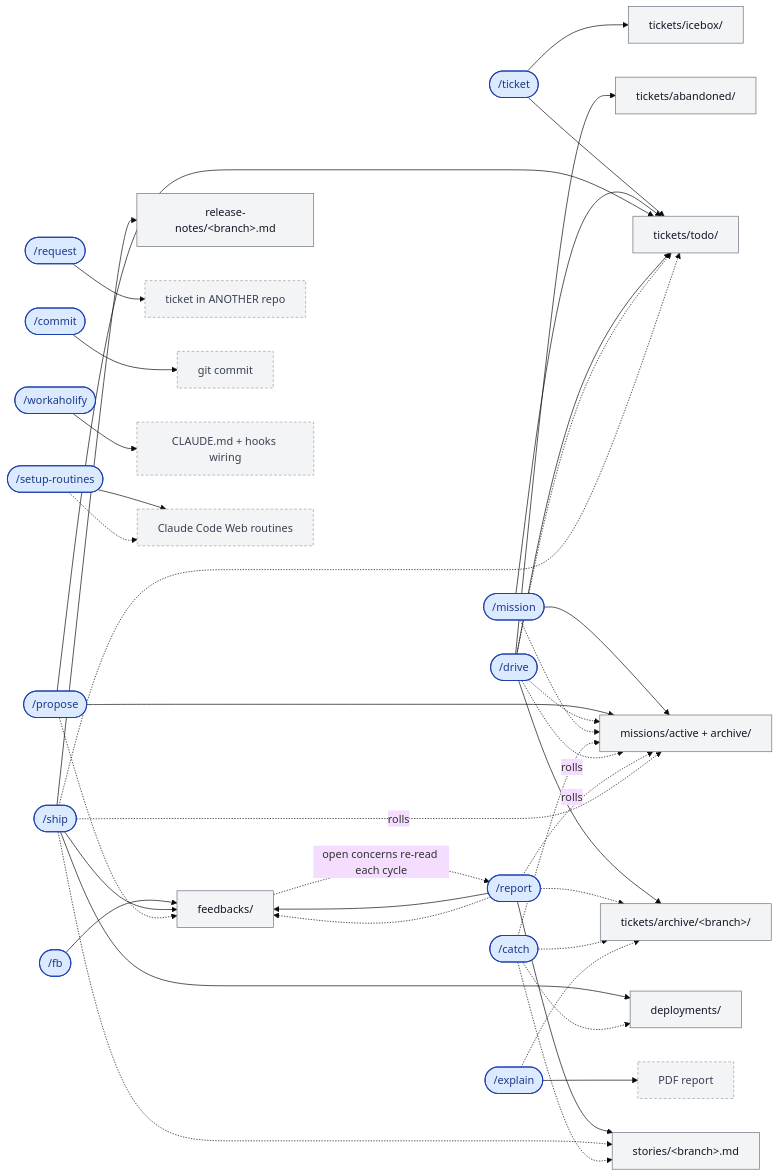
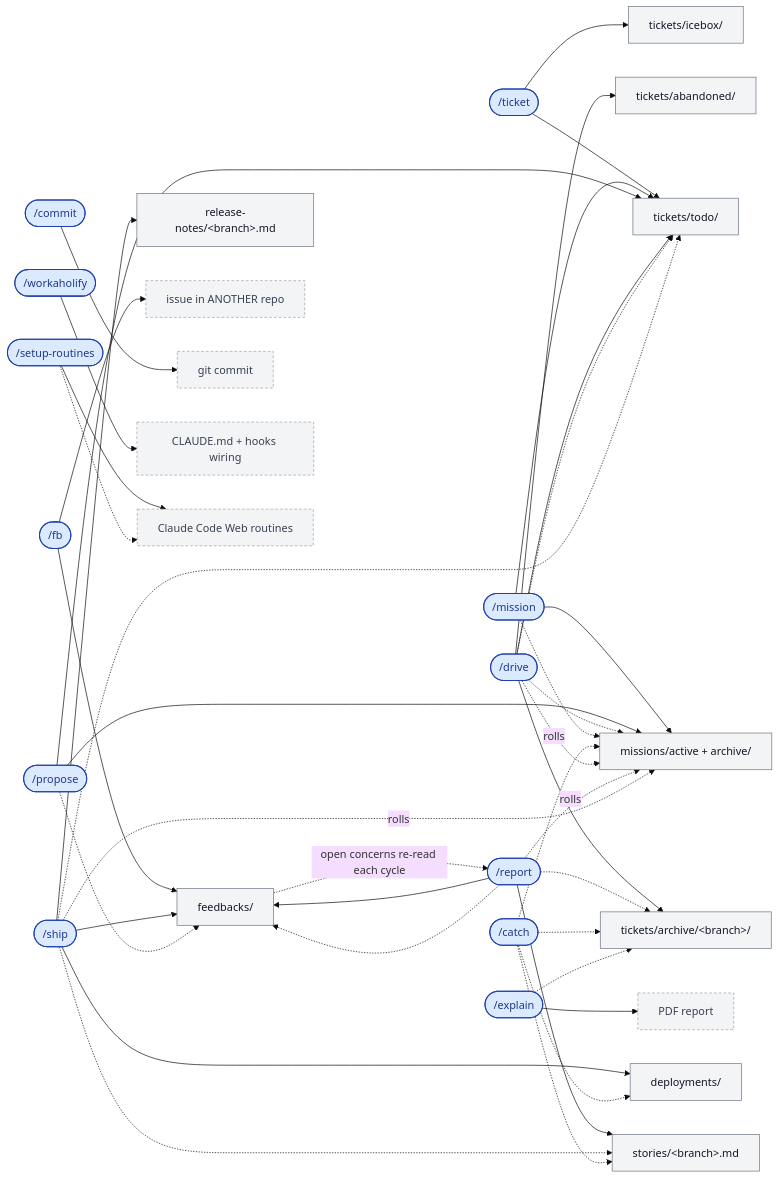
One commit to qmu/workaholic changed the fourth of 5 diagrams in README.md. Above: the diagram before and after it, drawn with Mermaid (base theme). The commit also changed other lines of this file and 50 other files, not shown here.

````diff
--- a/README.md
+++ b/README.md
@@ -295,7 +294,6 @@
 flowchart LR
   %% ---------- commands (blue) ----------
   ticket(["/ticket"])
-  request(["/request"])
   mission(["/mission"])
   propose(["/propose"])
   feedback(["/fb"])
@@ -320,7 +318,7 @@
   DEP["deployments/"]
 
   %% ---------- artifacts that land outside .workaholic/ (grey, dashed border) ----------
-  EXT["ticket in ANOTHER repo"]
+  EXT["issue in ANOTHER repo"]
   PDF["PDF report"]
   WT["git commit"]
   CFG["CLAUDE.md + hooks wiring"]
@@ -329,7 +327,7 @@
   %% ========== generation: solid arrow = writes ==========
   ticket --> TODO
   ticket --> ICE
-  request --> EXT
+  feedback --> EXT
   mission --> MIS
   mission --> TODO
   propose --> MIS
@@ -376,7 +374,7 @@
   classDef cmd fill:#dbeafe,stroke:#1e40af,stroke-width:1.5px,color:#1e3a8a;
   classDef art fill:#f3f4f6,stroke:#6b7280,color:#111827;
   classDef ext fill:#f3f4f6,stroke:#9aa0aa,stroke-dasharray:4 3,color:#374151;
-  class ticket,request,mission,propose,feedback,drive,report,ship,catch,commit,explain,workaholify,setuproutines cmd;
+  class ticket,mission,propose,feedback,drive,report,ship,catch,commit,explain,workaholify,setuproutines cmd;
   class TODO,ICE,ARCH,ABD,MIS,STORY,FBK,REL,DEP art;
   class EXT,PDF,WT,CFG,ROUT ext;
 ```
````
